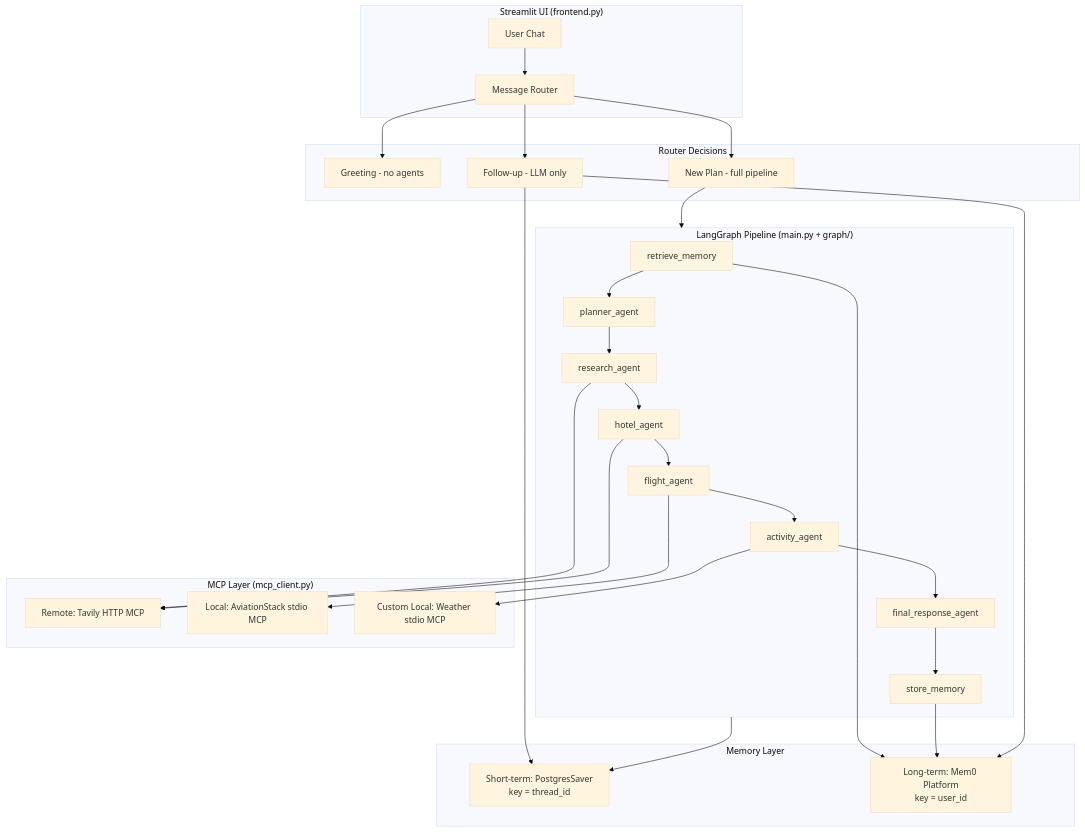
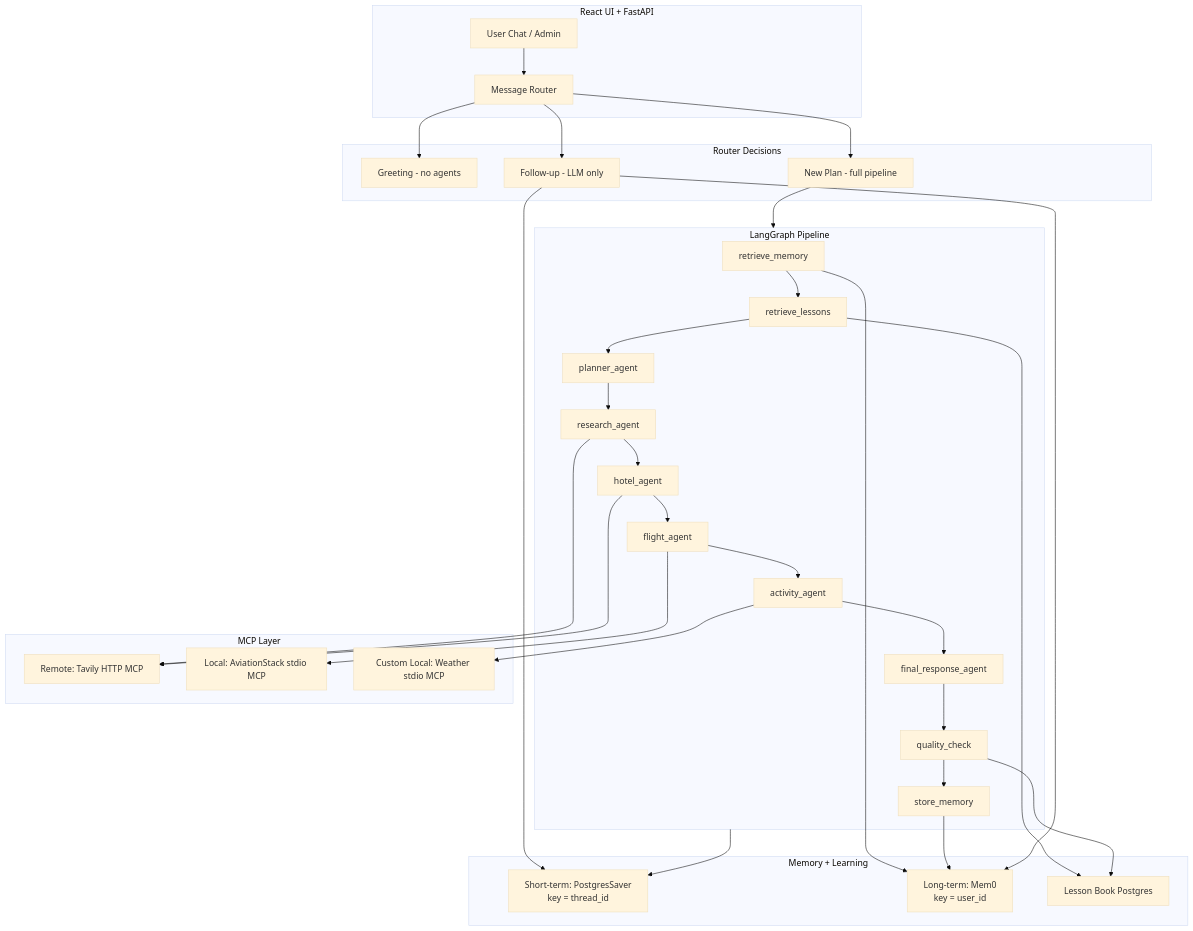
One commit to maniranjan2023/Northline changed the first of 8 diagrams in README.md. Above: the diagram before and after it, drawn with Mermaid (base theme). The commit also changed other lines of this file and 333 other files, not shown here.

````diff
--- a/README.md
+++ b/README.md
@@ -86,54 +102,59 @@
 ```mermaid
 flowchart TB
-    subgraph UI["Streamlit UI (frontend.py)"]
-        User[User Chat]
+    subgraph UI["React UI + FastAPI"]
+        User[User Chat / Admin]
         Router[Message Router]
         User --> Router
     end
 
     subgraph RouterOut["Router Decisions"]
         Greeting[Greeting - no agents]
         FollowUp[Follow-up - LLM only]
         NewPlan[New Plan - full pipeline]
     end
 
     Router --> Greeting
     Router --> FollowUp
     Router --> NewPlan
 
-    subgraph Graph["LangGraph Pipeline (main.py + graph/)"]
+    subgraph Graph["LangGraph Pipeline"]
         RM[retrieve_memory]
+        RL[retrieve_lessons]
         PA[planner_agent]
         RA[research_agent]
         HA[hotel_agent]
         FA[flight_agent]
         AA[activity_agent]
         FR[final_response_agent]
+        QC[quality_check]
         SM[store_memory]
-        RM --> PA --> RA --> HA --> FA --> AA --> FR --> SM
+        RM --> RL --> PA --> RA --> HA --> FA --> AA --> FR --> QC --> SM
     end
 
     NewPlan --> Graph
 
-    subgraph MCP["MCP Layer (mcp_client.py)"]
+    subgraph MCP["MCP Layer"]
         Tavily[Remote: Tavily HTTP MCP]
         Aviation[Local: AviationStack stdio MCP]
         Weather[Custom Local: Weather stdio MCP]
     end
 
     RA --> Tavily
     HA --> Tavily
     FA --> Aviation
     AA --> Weather
 
-    subgraph Memory["Memory Layer"]
+    subgraph Memory["Memory + Learning"]
         ST[Short-term: PostgresSaver<br/>key = thread_id]
-        LT[Long-term: Mem0 Platform<br/>key = user_id]
+        LT[Long-term: Mem0<br/>key = user_id]
+        LB[Lesson Book Postgres]
     end
 
     RM --> LT
     SM --> LT
+    RL --> LB
+    QC --> LB
     Graph --> ST
     FollowUp --> ST
     FollowUp --> LT
 ```
````
